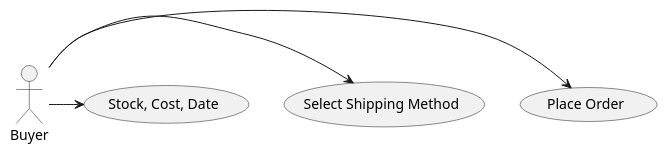
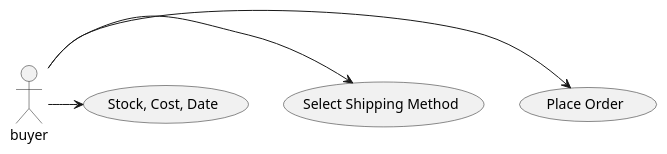
Before and after one commit to EciStg/order-placement: the first of 6 diagrams in overview.org, drawn with PlantUML. The commit also changed other lines of this file and 8 other files, not shown here.

Commit message:
overview : added full sequence diagram, removed the consumer actor (for now), fixed capitalization and spelling errors.

```diff
--- a/overview.org
+++ b/overview.org
@@ -15,7 +12,7 @@
 #+BEGIN_SRC plantuml :file ./images/buyer-usecases.puml.png :exports results
 @startuml sequence-buyer2seller.png
-Buyer -> (Place Order)
-Buyer -> (Select Shipping Method)
-Buyer -> (Stock, Cost, Date)
+buyer -> (Place Order)
+buyer -> (Select Shipping Method)
+buyer -> (Stock, Cost, Date)
 @enduml
 #+END_SRC
```
